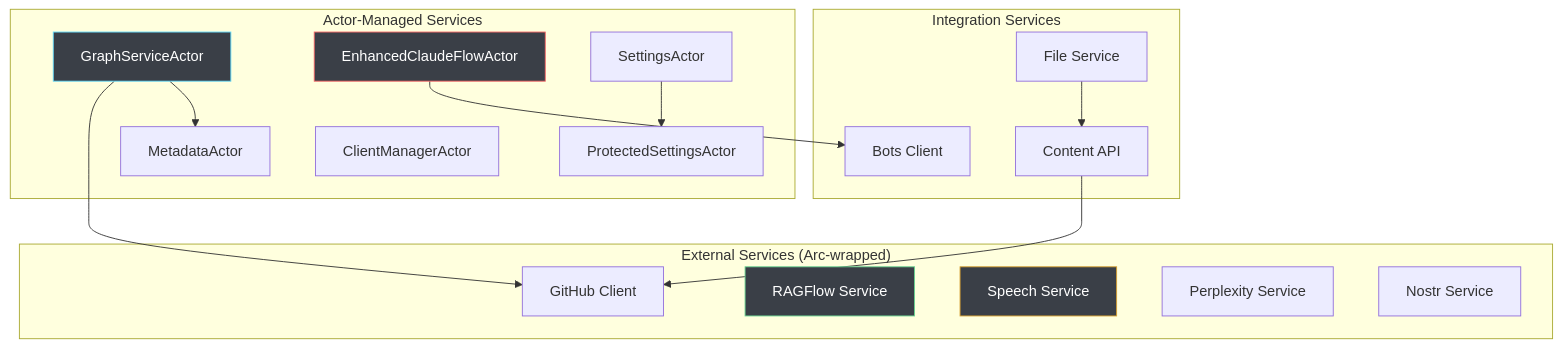
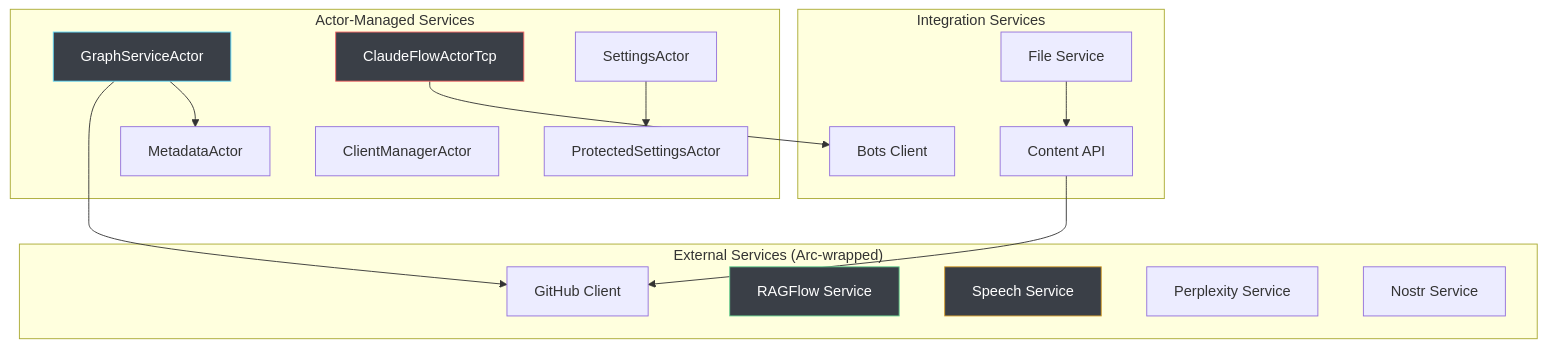
The diagram in docs/server/services.md (DreamLab-AI/VisionFlow), drawn with Mermaid before and after one commit. The commit also changed other lines of this file and 66 other files, not shown here.

````diff
--- a/docs/server/services.md
+++ b/docs/server/services.md
@@ -9,37 +9,37 @@
 ```mermaid
 graph TB
     subgraph "Actor-Managed Services"
         GSA[GraphServiceActor]
-        CFA[EnhancedClaudeFlowActor]
+        CFA[ClaudeFlowActorTcp]
         MA[MetadataActor]
         SA[SettingsActor]
         PSA[ProtectedSettingsActor]
         CMA[ClientManagerActor]
     end
 
     subgraph "External Services (Arc-wrapped)"
         GH[GitHub Client]
         RF[RAGFlow Service]
         SP[Speech Service]
         PX[Perplexity Service]
         NS[Nostr Service]
     end
 
     subgraph "Integration Services"
         FS[File Service]
         CA[Content API]
         BC[Bots Client]
     end
 
     GSA --> GH
     GSA --> MA
     CFA --> BC
     FS --> CA
     CA --> GH
     SA --> PSA
 
     style GSA fill:#3A3F47,stroke:#61DAFB,color:#FFFFFF
     style CFA fill:#3A3F47,stroke:#F56565,color:#FFFFFF
     style RF fill:#3A3F47,stroke:#68D391,color:#FFFFFF
     style SP fill:#3A3F47,stroke:#D69E2E,color:#FFFFFF
 ```
````
